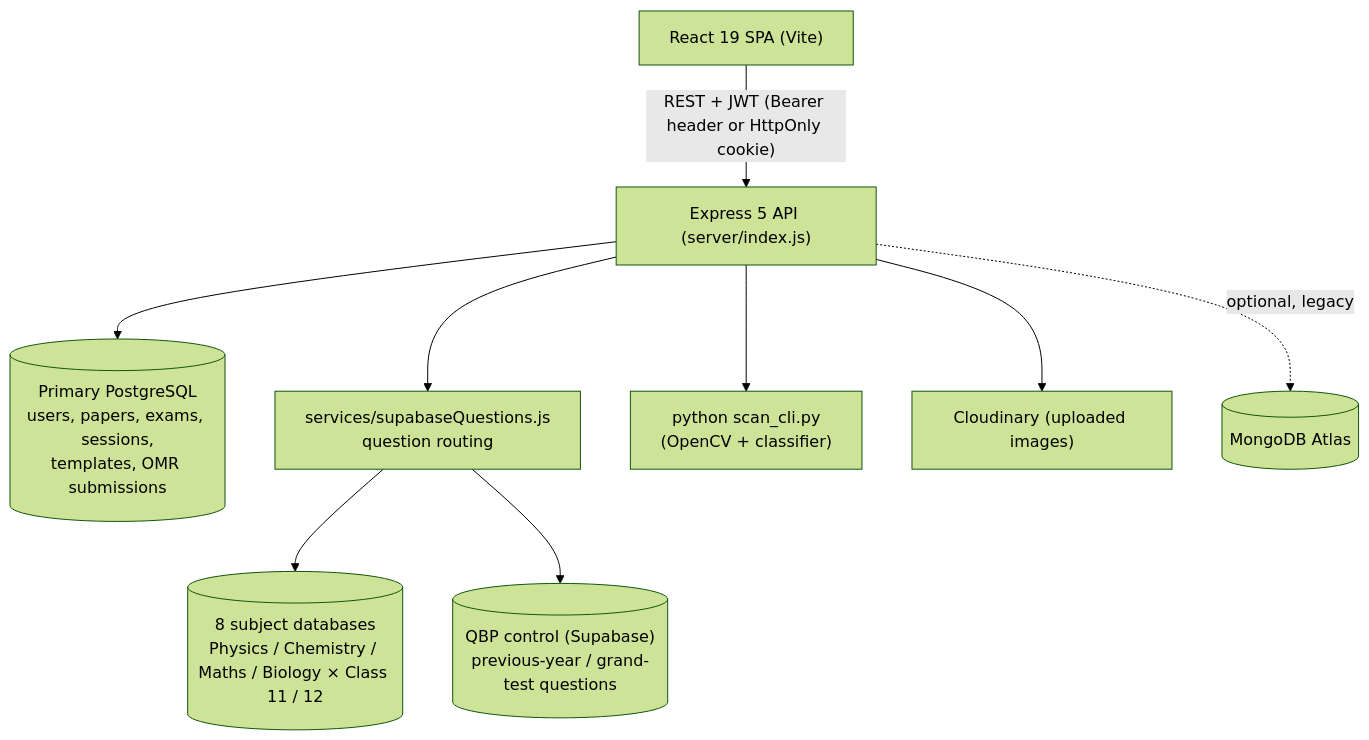
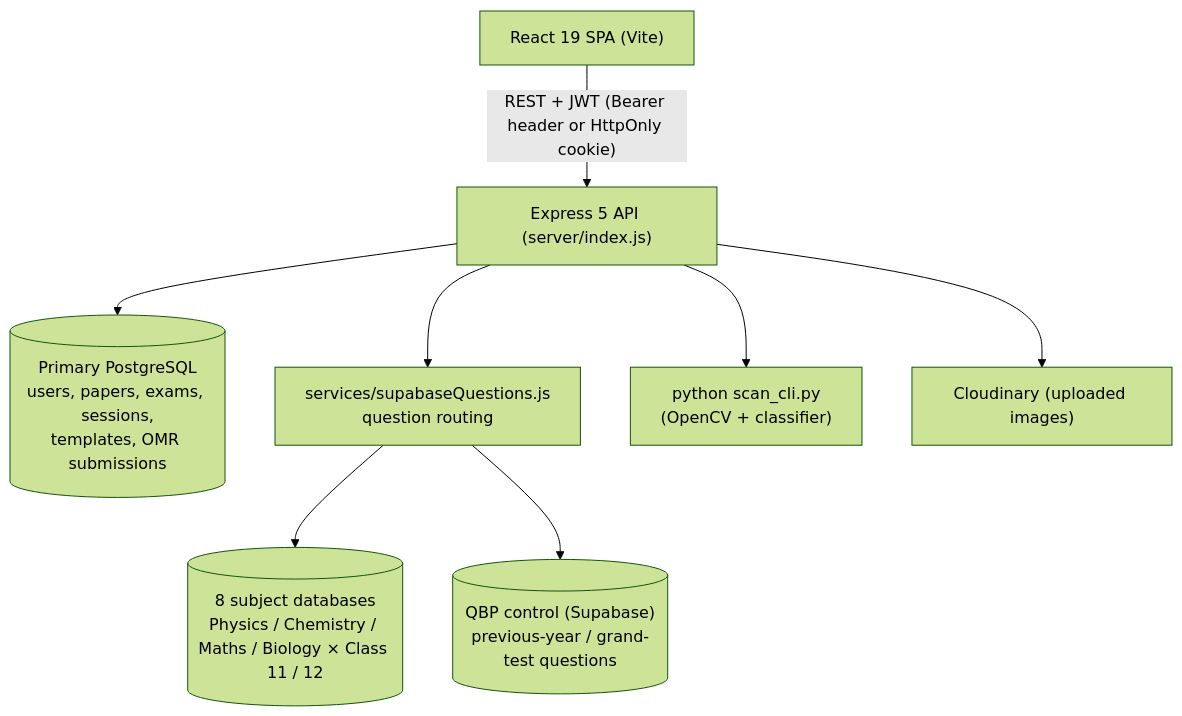
Before and after one commit to Rmanchestertechnologies/Sapthagiri_pu_college: the diagram in README.md, drawn with Mermaid (forest theme). The commit also changed other lines of this file and 119 other files, not shown here.

````diff
--- a/README.md
+++ b/README.md
@@ -46,11 +46,10 @@
 ```mermaid
 graph TD
     Browser["React 19 SPA (Vite)"] -->|"REST + JWT (Bearer header or HttpOnly cookie)"| API["Express 5 API (server/index.js)"]
     API --> Primary[("Primary PostgreSQL<br/>users, papers, exams, sessions,<br/>templates, OMR submissions")]
     API --> Router["services/supabaseQuestions.js<br/>question routing"]
     Router --> Pools[("8 subject databases<br/>Physics / Chemistry / Maths / Biology × Class 11 / 12")]
     Router --> QBP[("QBP control (Supabase)<br/>previous-year / grand-test questions")]
     API --> OMR["python scan_cli.py<br/>(OpenCV + classifier)"]
     API --> Cloudinary["Cloudinary (uploaded images)"]
-    API -.->|"optional, legacy"| Mongo[("MongoDB Atlas")]
 ```
````
